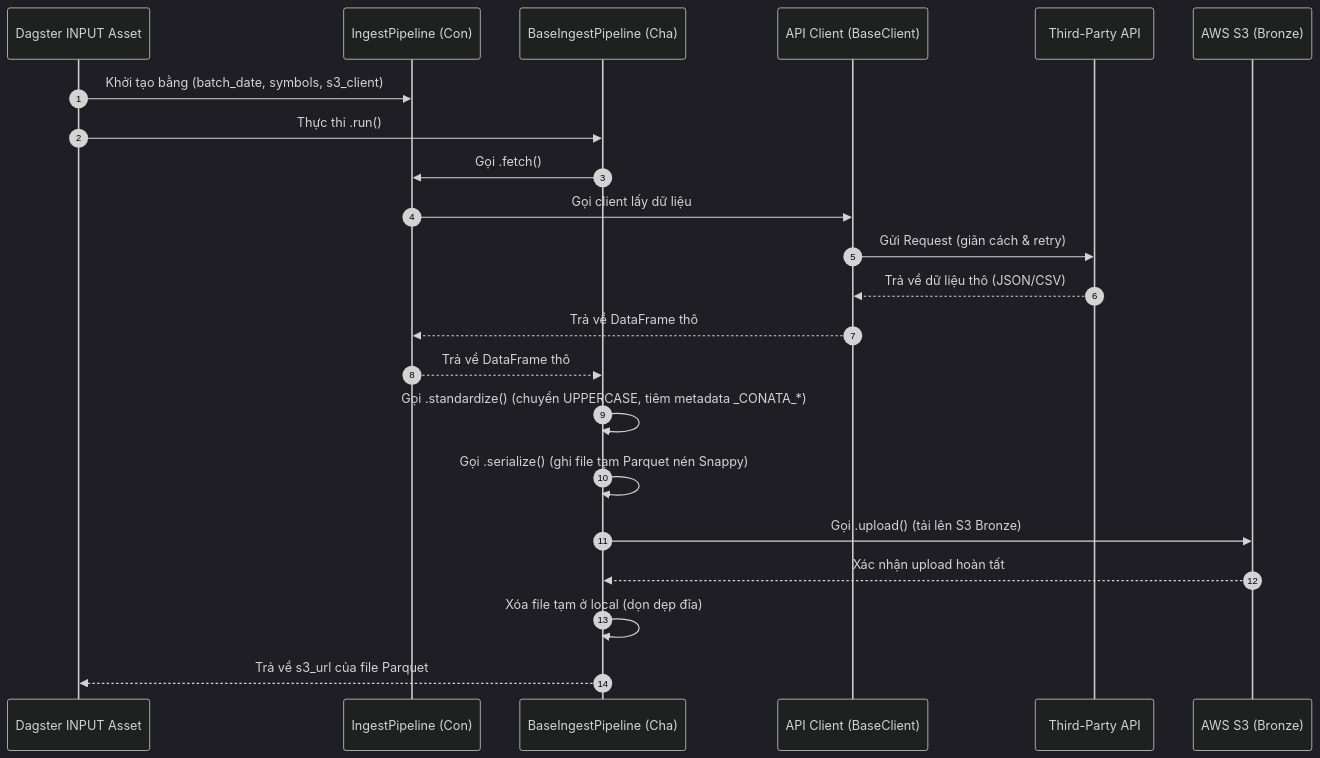
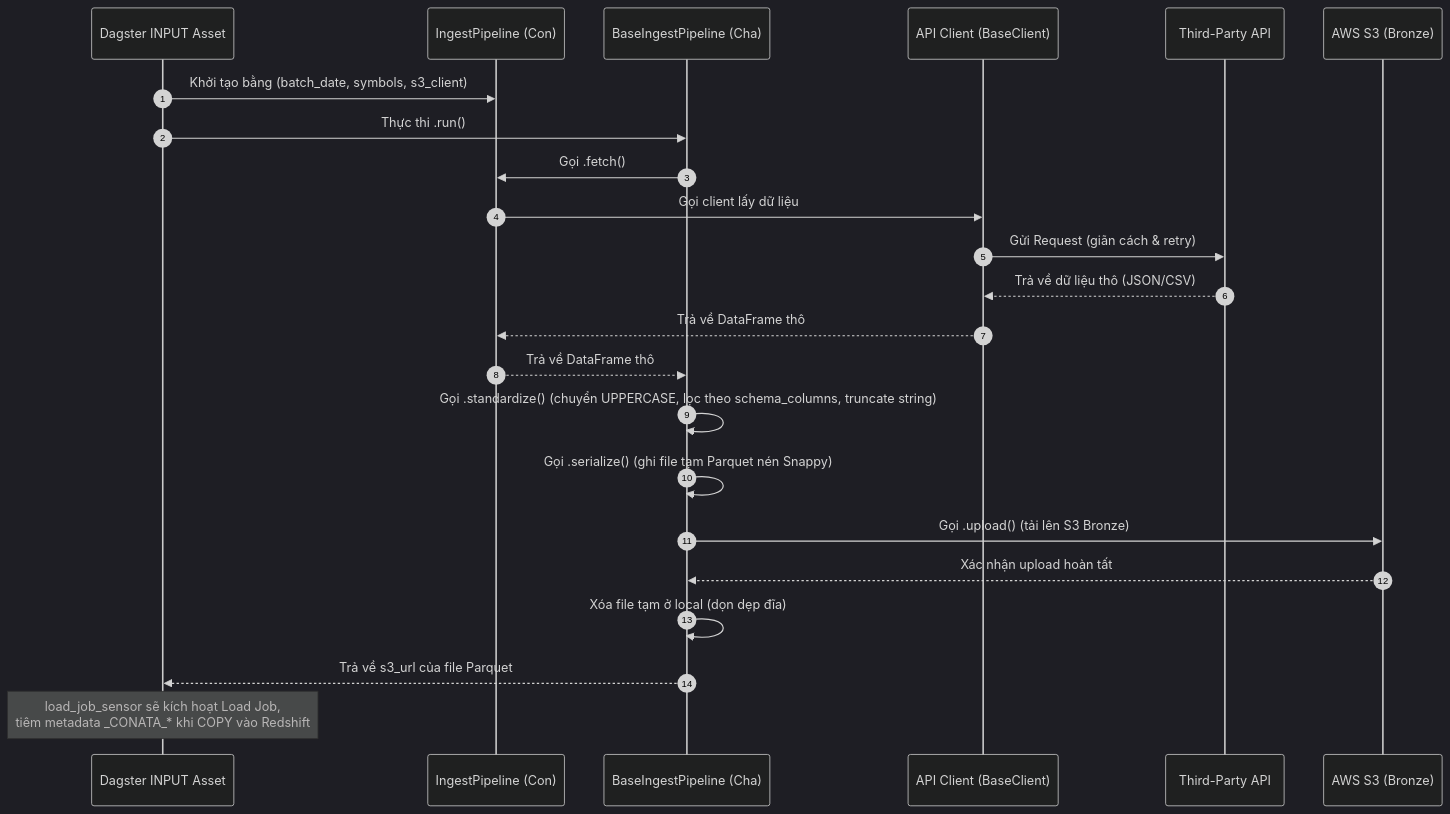
The diagram in docs/ingestion-layer-design.md (vuthehuyht/finops-data-stack), drawn with Mermaid (dark theme) before and after one commit. The commit also changed other lines of this file and 5 other files, not shown here.

````diff
--- a/docs/ingestion-layer-design.md
+++ b/docs/ingestion-layer-design.md
@@ -269,25 +284,26 @@
 ```mermaid
 sequenceDiagram
     autonumber
     participant D as Dagster INPUT Asset
     participant P as IngestPipeline (Con)
     participant B as BaseIngestPipeline (Cha)
     participant C as API Client (BaseClient)
     participant API as Third-Party API
     participant S3 as AWS S3 (Bronze)
 
     D->>P: Khởi tạo bằng (batch_date, symbols, s3_client)
     D->>B: Thực thi .run()
     B->>P: Gọi .fetch()
     P->>C: Gọi client lấy dữ liệu
     C->>API: Gửi Request (giãn cách & retry)
     API-->>C: Trả về dữ liệu thô (JSON/CSV)
     C-->>P: Trả về DataFrame thô
     P-->>B: Trả về DataFrame thô
-    B->>B: Gọi .standardize() (chuyển UPPERCASE, tiêm metadata _CONATA_*)
+    B->>B: Gọi .standardize() (chuyển UPPERCASE, lọc theo schema_columns, truncate string)
     B->>B: Gọi .serialize() (ghi file tạm Parquet nén Snappy)
     B->>S3: Gọi .upload() (tải lên S3 Bronze)
     S3-->>B: Xác nhận upload hoàn tất
     B->>B: Xóa file tạm ở local (dọn dẹp đĩa)
     B-->>D: Trả về s3_url của file Parquet
+    Note over D: load_job_sensor sẽ kích hoạt Load Job,<br/>tiêm metadata _CONATA_* khi COPY vào Redshift
 ```
````
